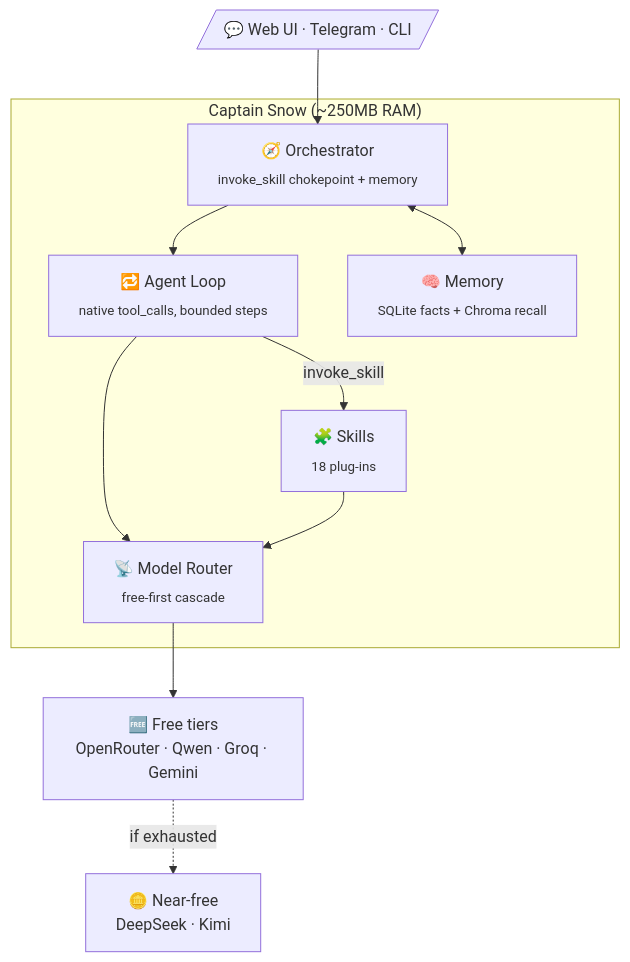
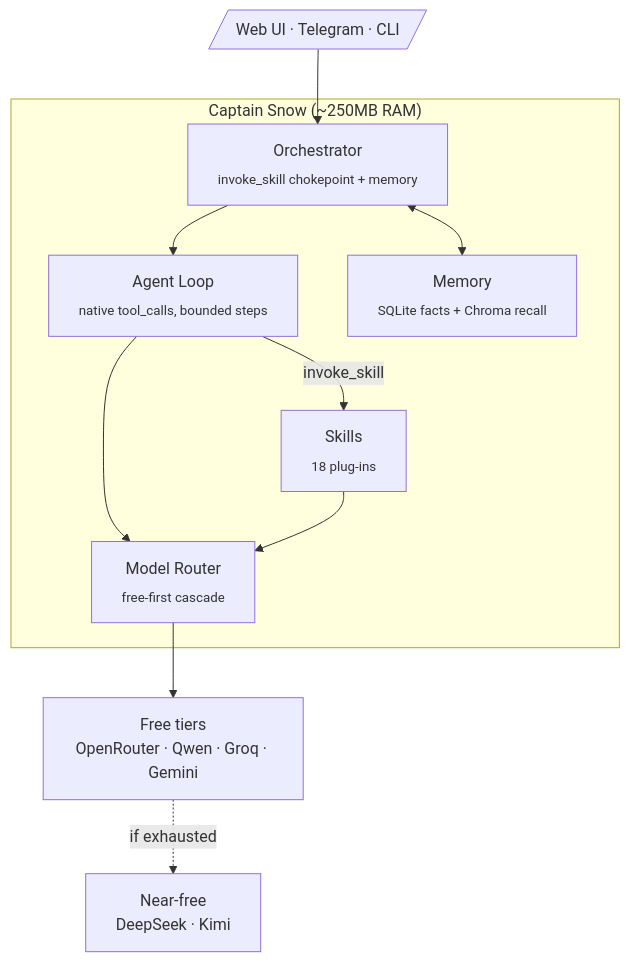
One commit to DGFcorporations/captain-snow-oss changed the diagram in README.md. Above: the diagram before and after it, drawn with Mermaid. The commit also changed other lines of this file, not shown here.

````diff
--- a/README.md
+++ b/README.md
@@ -130,20 +144,20 @@
 ```mermaid
 flowchart TD
-    U[/"💬 Web UI · Telegram · CLI"/] --> O
+    U[/"Web UI · Telegram · CLI"/] --> O
 
     subgraph agent ["Captain Snow (~250MB RAM)"]
-        O["🧭 Orchestrator<br/><sub>invoke_skill chokepoint + memory</sub>"]
-        L["🔁 Agent Loop<br/><sub>native tool_calls, bounded steps</sub>"]
-        M["🧠 Memory<br/><sub>SQLite facts + Chroma recall</sub>"]
-        R["📡 Model Router<br/><sub>free-first cascade</sub>"]
-        S["🧩 Skills<br/><sub>18 plug-ins</sub>"]
+        O["Orchestrator<br/><sub>invoke_skill chokepoint + memory</sub>"]
+        L["Agent Loop<br/><sub>native tool_calls, bounded steps</sub>"]
+        M["Memory<br/><sub>SQLite facts + Chroma recall</sub>"]
+        R["Model Router<br/><sub>free-first cascade</sub>"]
+        S["Skills<br/><sub>18 plug-ins</sub>"]
         O --> L
         O <--> M
         L --> R
         L -->|"invoke_skill"| S
         S --> R
     end
 
-    R --> F["🆓 Free tiers<br/>OpenRouter · Qwen · Groq · Gemini"]
-    F -.->|"if exhausted"| P["🪙 Near-free<br/>DeepSeek · Kimi"]
+    R --> F["Free tiers<br/>OpenRouter · Qwen · Groq · Gemini"]
+    F -.->|"if exhausted"| P["Near-free<br/>DeepSeek · Kimi"]
 ```
````
